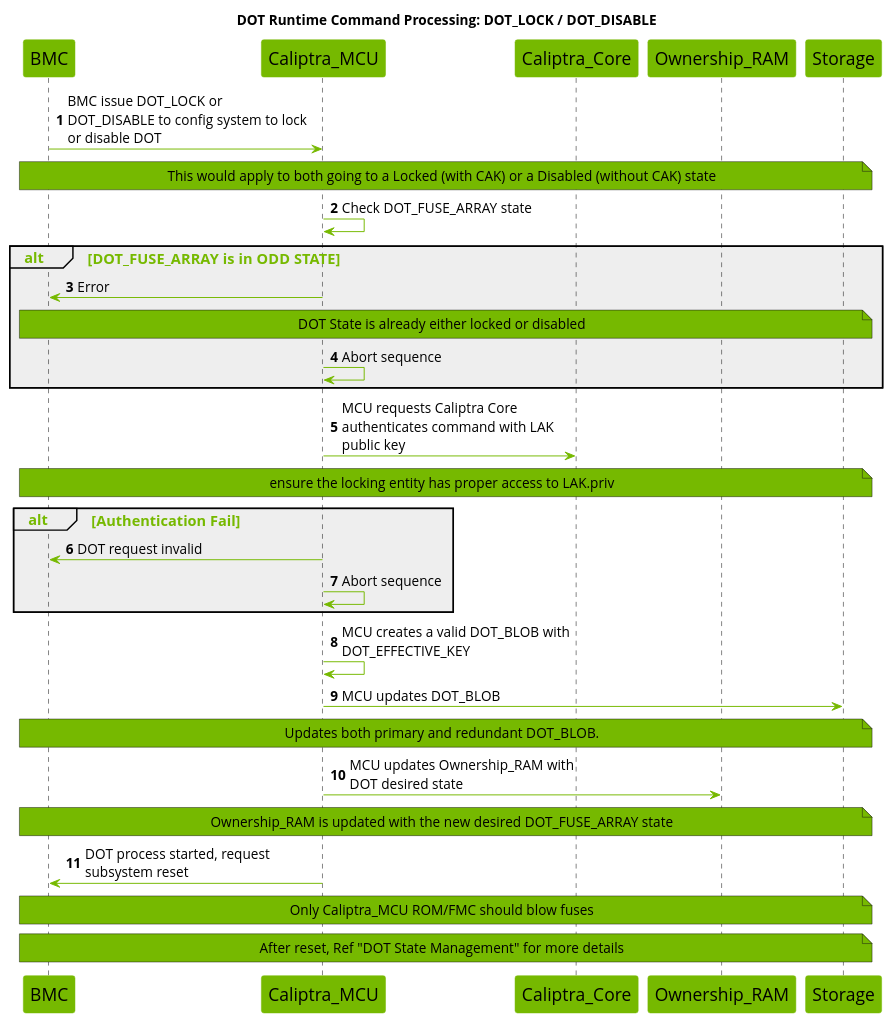
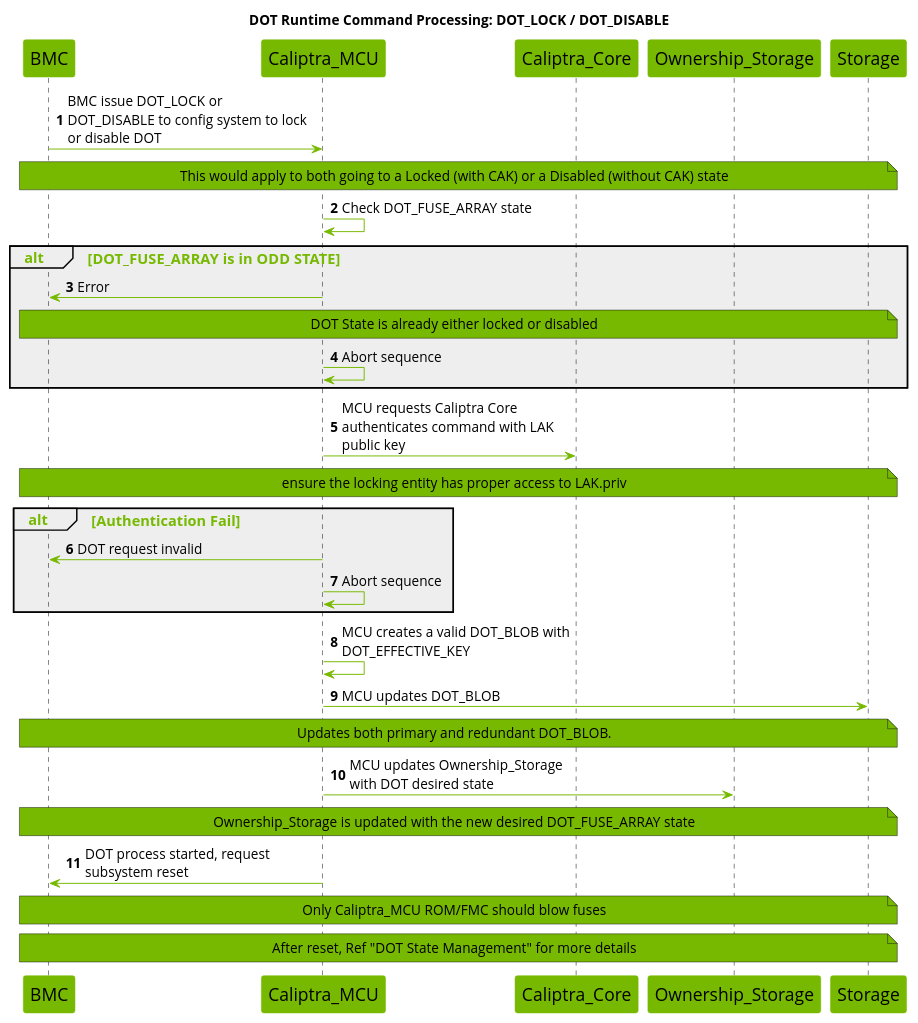
One commit to zhalvorsen/caliptra-mcu-sw changed the third of 9 diagrams in docs/src/dot.md. Above: the diagram before and after it, drawn with PlantUML. The commit also changed other lines of this file, not shown here.

Commit message:
Modify dot.md to rephrase Ownership_RAM as Ownership_Storage (#611)

````diff
--- a/docs/src/dot.md
+++ b/docs/src/dot.md
@@ -495,63 +496,63 @@
 ```plantuml
 @startuml
 title DOT Runtime Command Processing: DOT_LOCK / DOT_DISABLE
 
 skinparam maxMessageSize 250
 skinparam wrapWidth 700
 skinparam backgroundColor white
 skinparam NoteBackgroundColor #76b900
 skinparam NoteFontSize 14
 skinparam SequenceGroupBodyBackgroundColor #EEEEEE
 skinparam defaultFontName Open Sans
 
 skinparam sequence {
     ArrowColor #76b900
     ActorBorderColor #76b900
     LifeLineBorderColor #000000
     LifeLineBackgroundColor #76b900
     GroupHeaderFontsize 15
     GroupHeaderFontColor #76b900
     GroupFontSize 15
     GroupFontColor #76b900
     ArrowFontSize 15
     ParticipantBorderColor #76b900
     ParticipantBackgroundColor #76b900
     ParticipantFontSize 18
     ParticipantFontColor black
     ArrowFontSize 14
 }
 
 participant BMC
 participant Caliptra_MCU
 participant Caliptra_Core
-participant Ownership_RAM
+participant Ownership_Storage
 participant Storage
 
 autonumber
 
 
 BMC -> Caliptra_MCU : BMC issue DOT_LOCK or DOT_DISABLE to config system to lock or disable DOT
 note across : This would apply to both going to a Locked (with CAK) or a Disabled (without CAK) state
 Caliptra_MCU -> Caliptra_MCU : Check DOT_FUSE_ARRAY state
 alt DOT_FUSE_ARRAY is in ODD STATE
     Caliptra_MCU -> BMC : Error
     note across : DOT State is already either locked or disabled
     Caliptra_MCU -> Caliptra_MCU : Abort sequence
 end
 Caliptra_MCU -> Caliptra_Core : MCU requests Caliptra Core authenticates command with LAK public key
 note across : ensure the locking entity has proper access to LAK.priv
 alt Authentication Fail
     Caliptra_MCU -> BMC : DOT request invalid
     Caliptra_MCU -> Caliptra_MCU : Abort sequence
 end
 Caliptra_MCU -> Caliptra_MCU : MCU creates a valid DOT_BLOB with DOT_EFFECTIVE_KEY
 Caliptra_MCU -> Storage : MCU updates DOT_BLOB
 note across : Updates both primary and redundant DOT_BLOB.
-Caliptra_MCU -> Ownership_RAM : MCU updates Ownership_RAM with DOT desired state
-note across : Ownership_RAM is updated with the new desired DOT_FUSE_ARRAY state
+Caliptra_MCU -> Ownership_Storage : MCU updates Ownership_Storage with DOT desired state
+note across : Ownership_Storage is updated with the new desired DOT_FUSE_ARRAY state
 Caliptra_MCU -> BMC : DOT process started, request subsystem reset
 note across : Only Caliptra_MCU ROM/FMC should blow fuses
 note across : After reset, Ref "DOT State Management" for more details
 
 @enduml
 ```
````
